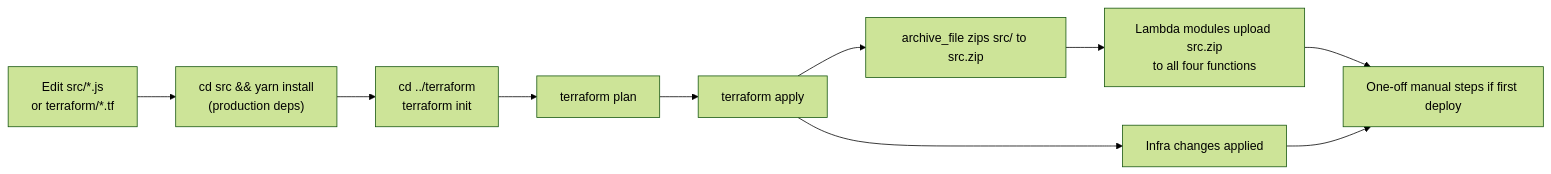
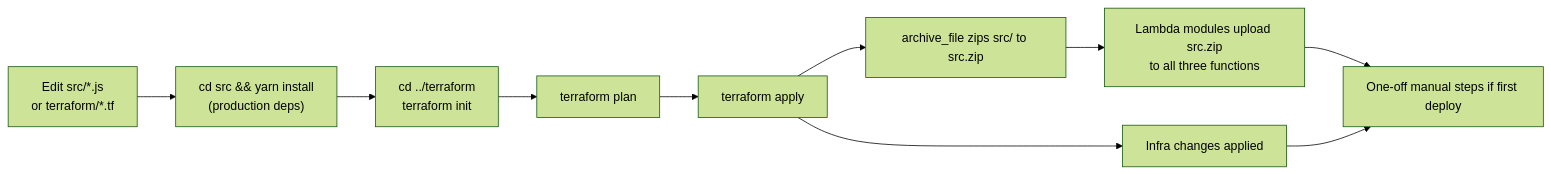
The fifth of 7 diagrams in ARCHITECTURE.md (TomBenjaminMorris/listpal-backend), drawn with Mermaid (forest theme) before and after one commit. The commit also changed other lines of this file and 7 other files, not shown here.

````diff
--- a/ARCHITECTURE.md
+++ b/ARCHITECTURE.md
@@ -280,12 +253,12 @@
 ```mermaid
 flowchart LR
     A["Edit src/*.js<br/>or terraform/*.tf"] --> B["cd src && yarn install<br/>(production deps)"]
     B --> C["cd ../terraform<br/>terraform init"]
     C --> D["terraform plan"]
     D --> E["terraform apply"]
     E --> F["archive_file zips src/ to src.zip"]
-    F --> G["Lambda modules upload src.zip<br/>to all four functions"]
+    F --> G["Lambda modules upload src.zip<br/>to all three functions"]
     E --> H["Infra changes applied"]
     G --> I["One-off manual steps if first deploy"]
     H --> I
 ```
````
